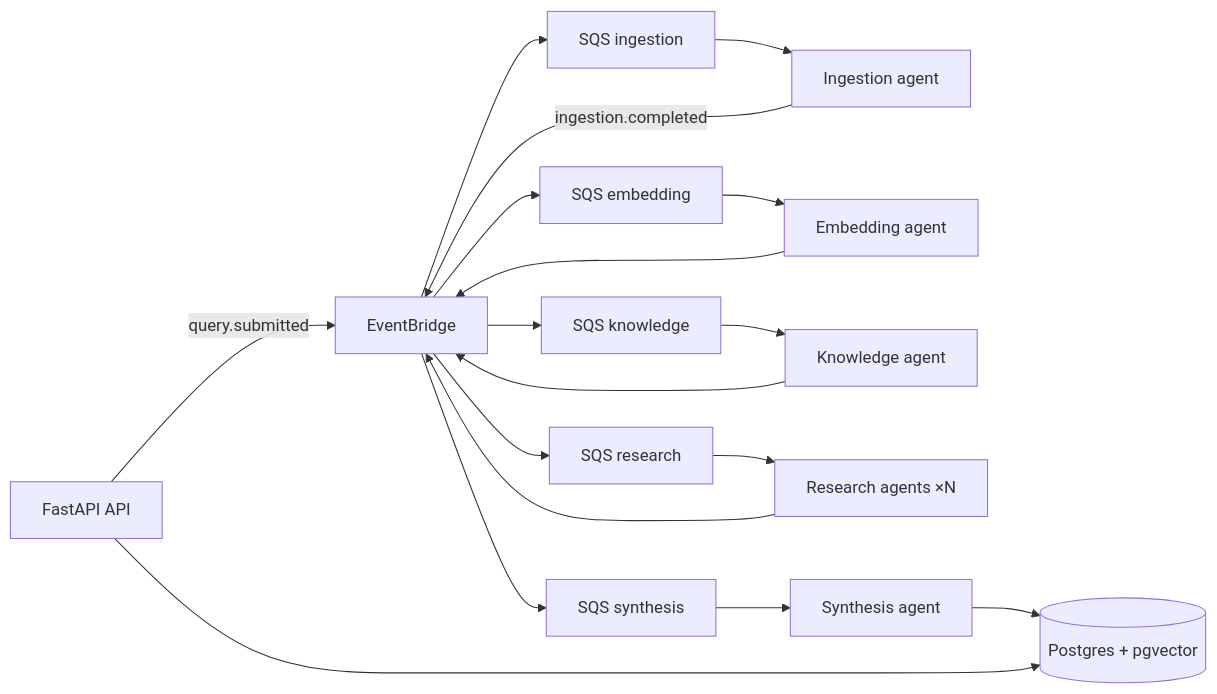
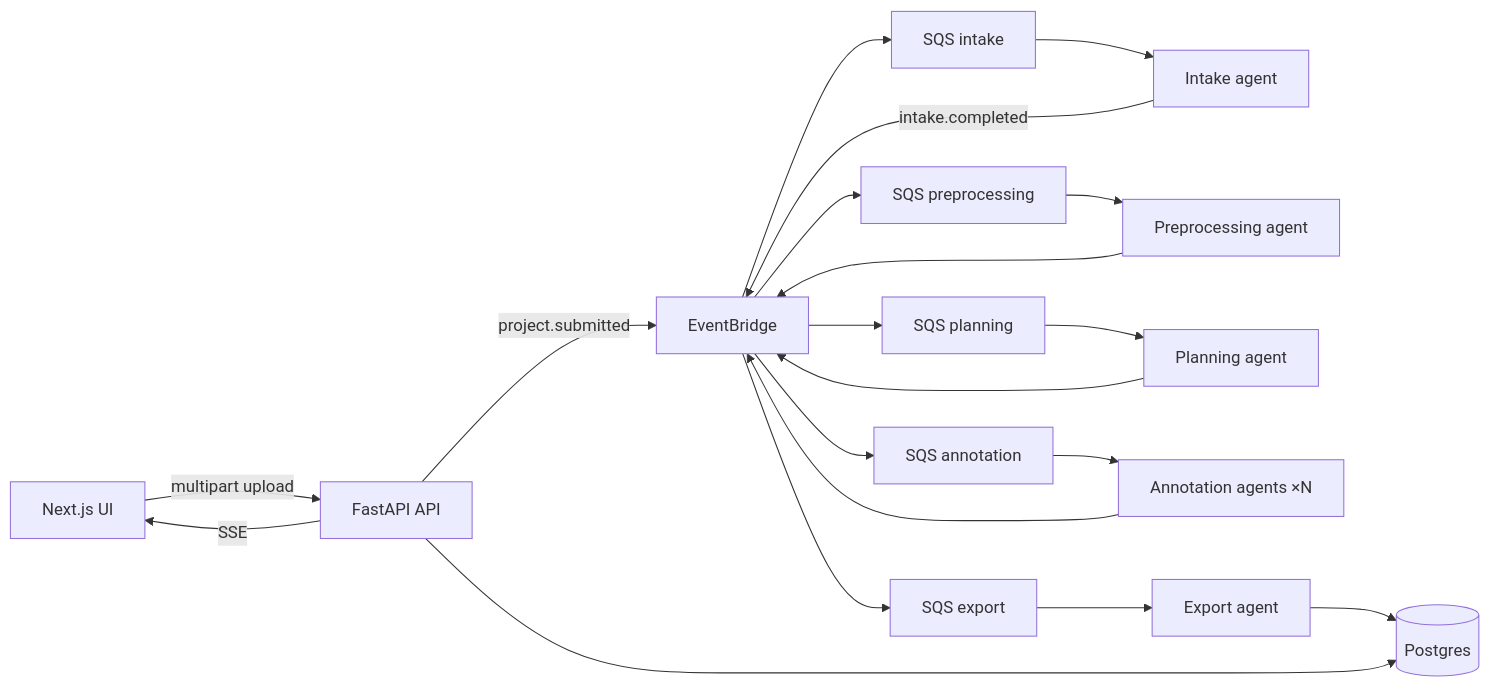
Before and after one commit to hrvojevincek/Event-driven-dataset-intelligence-platform: the diagram in README.md, drawn with Mermaid. The commit also changed other lines of this file and 60 other files, not shown here.

````diff
--- a/README.md
+++ b/README.md
@@ -9,20 +11,22 @@
 ```mermaid
 flowchart LR
-    API[FastAPI API] -->|query.submitted| EB[EventBridge]
-    EB --> Q1[SQS ingestion]
-    Q1 --> W1[Ingestion agent]
-    W1 -->|ingestion.completed| EB
-    EB --> Q2[SQS embedding]
-    Q2 --> W2[Embedding agent]
+    UI[Next.js UI] -->|multipart upload| API[FastAPI API]
+    API -->|project.submitted| EB[EventBridge]
+    EB --> Q1[SQS intake]
+    Q1 --> W1[Intake agent]
+    W1 -->|intake.completed| EB
+    EB --> Q2[SQS preprocessing]
+    Q2 --> W2[Preprocessing agent]
     W2 --> EB
-    EB --> Q3[SQS knowledge]
-    Q3 --> W3[Knowledge agent]
+    EB --> Q3[SQS planning]
+    Q3 --> W3[Planning agent]
     W3 --> EB
-    EB --> Q4[SQS research]
-    Q4 --> W4[Research agents ×N]
+    EB --> Q4[SQS annotation]
+    Q4 --> W4[Annotation agents ×N]
     W4 --> EB
-    EB --> Q5[SQS synthesis]
-    Q5 --> W5[Synthesis agent]
-    W5 --> DB[(Postgres + pgvector)]
+    EB --> Q5[SQS export]
+    Q5 --> W5[Export agent]
+    W5 --> DB[(Postgres)]
     API --> DB
+    API -->|SSE| UI
 ```
````
